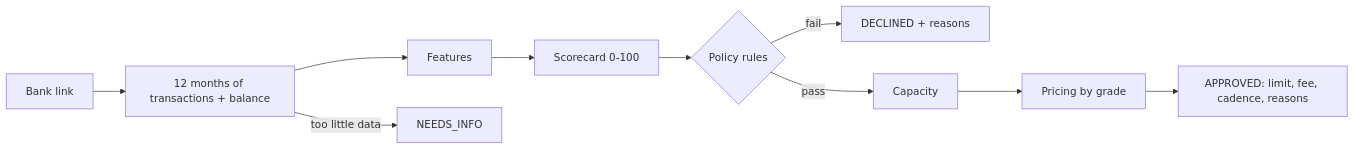
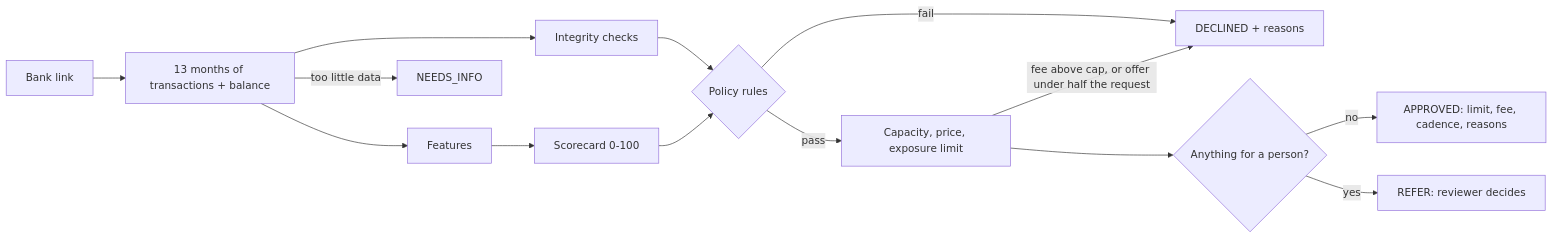
One commit to trevorfrese/cashflow changed the diagram in apps/api/UNDERWRITING.md. Above: the diagram before and after it, drawn with Mermaid. The commit also changed other lines of this file and 69 other files, not shown here.

First line of the commit message:
Add credit policy v2: integrity checks, expected loss pricing, exposure caps, manual review, audit log

````diff
--- a/apps/api/UNDERWRITING.md
+++ b/apps/api/UNDERWRITING.md
@@ -22,12 +50,16 @@
 ```mermaid
 flowchart LR
-  A[Bank link] --> B[12 months of transactions + balance]
+  A[Bank link] --> B[13 months of transactions + balance]
   B --> C[Features]
+  B --> N[Integrity checks]
   C --> D[Scorecard 0-100]
+  N --> E
   D --> E{Policy rules}
   E -->|fail| F[DECLINED + reasons]
-  E -->|pass| G[Capacity]
-  G --> H[Pricing by grade]
-  H --> I[APPROVED: limit, fee, cadence, reasons]
+  E -->|pass| G[Capacity, price, exposure limit]
+  G -->|fee above cap, or offer under half the request| F
+  G --> H{Anything for a person?}
+  H -->|no| I[APPROVED: limit, fee, cadence, reasons]
+  H -->|yes| K[REFER: reviewer decides]
   B -->|too little data| J[NEEDS_INFO]
 ```
````
